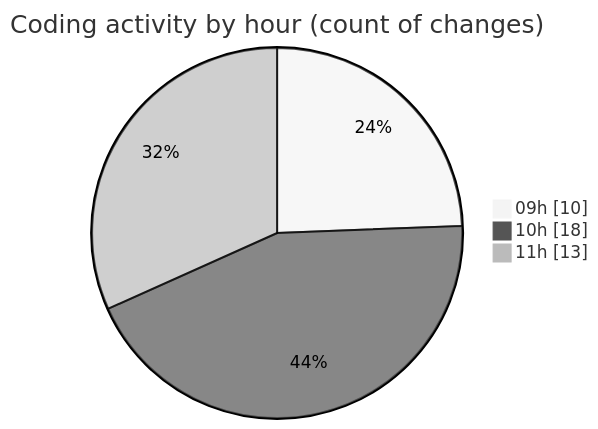
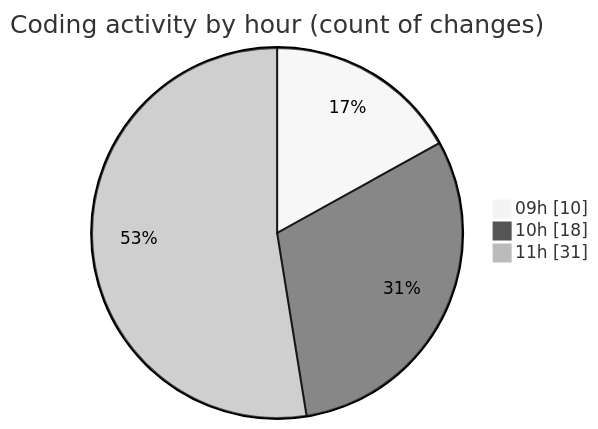
The second of 2 diagrams in 2025-05-09/ecodeli/README.md (CELIANVF/code-tracking), drawn with Mermaid (neutral theme) before and after one commit. The commit also changed other lines of this file and 1 other file, not shown here.

````diff
--- a/2025-05-09/ecodeli/README.md
+++ b/2025-05-09/ecodeli/README.md
@@ -39,7 +41,7 @@
 ```mermaid
 pie showData
 title Coding activity by hour (count of changes)
 "09h" : 10
 "10h" : 18
-"11h" : 13
+"11h" : 31
 ```
````
